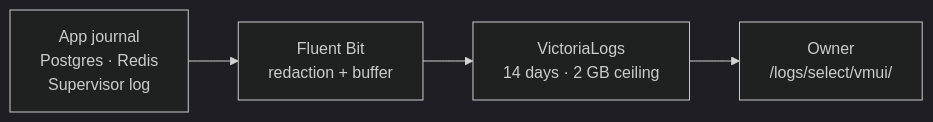
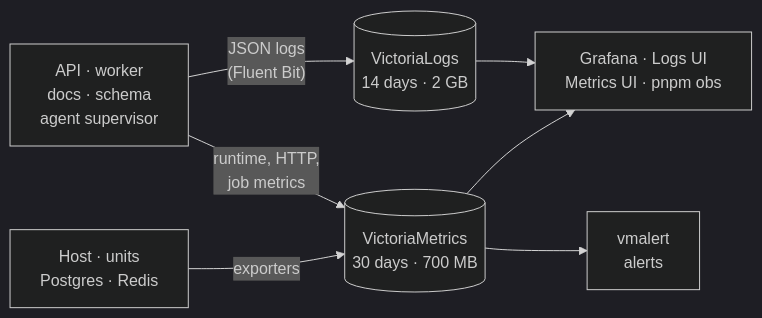
One commit to EmmadUsmani/news-digest changed the diagram in docs/handbook/01-app/09-observability.md. Above: the diagram before and after it, drawn with Mermaid (dark theme). The commit also changed other lines of this file and 7 other files, not shown here.

````diff
--- a/docs/handbook/01-app/09-observability.md
+++ b/docs/handbook/01-app/09-observability.md
@@ -3,6 +6,9 @@
 ```mermaid
 flowchart LR
-  inputs["App journal<br/>Postgres · Redis<br/>Supervisor log"] --> shipper["Fluent Bit<br/>redaction + buffer"]
-  shipper --> store["VictoriaLogs<br/>14 days · 2 GB ceiling"]
-  store --> owner["Owner<br/>/logs/select/vmui/"]
+  apps["API · worker<br/>docs · schema<br/>agent supervisor"] -->|"JSON logs<br/>(Fluent Bit)"| logs[("VictoriaLogs<br/>14 days · 2 GB")]
+  apps -->|"runtime, HTTP,<br/>job metrics"| metrics[("VictoriaMetrics<br/>30 days · 700 MB")]
+  infra["Host · units<br/>Postgres · Redis"] -->|exporters| metrics
+  logs --> ui["Grafana · Logs UI<br/>Metrics UI · pnpm obs"]
+  metrics --> ui
+  metrics --> alerts["vmalert<br/>alerts"]
 ```
````
